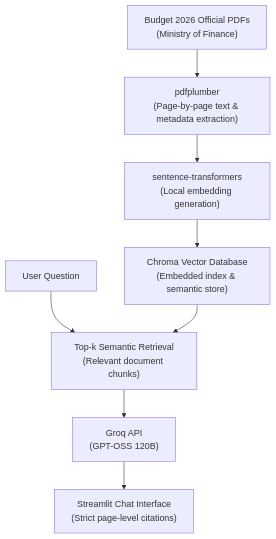
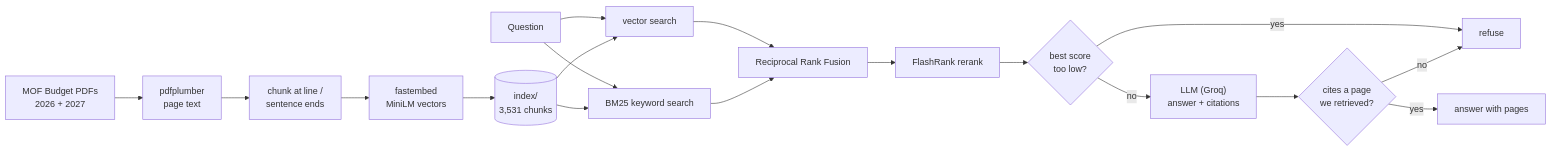
One commit to Downey112/belanjawan-bot changed the diagram in README.md. Above: the diagram before and after it, drawn with Mermaid. The commit also changed other lines of this file and 1 other file, not shown here.

````diff
--- a/README.md
+++ b/README.md
@@ -18,10 +33,15 @@
 ```mermaid
-flowchart TD
-    A["Budget 2026 Official PDFs<br/>(Ministry of Finance)"] --> B["pdfplumber<br/>(Page-by-page text & metadata extraction)"]
-    B --> C["sentence-transformers<br/>(Local embedding generation)"]
-    C --> D["Chroma Vector Database<br/>(Embedded index & semantic store)"]
-    E["User Question"] --> F["Top-k Semantic Retrieval<br/>(Relevant document chunks)"]
-    D --> F
-    F --> G["Groq API<br/>(GPT-OSS 120B)"]
-    G --> H["Streamlit Chat Interface<br/>(Strict page-level citations)"]
+flowchart LR
+    A["MOF Budget PDFs<br/>2026 + 2027"] --> B["pdfplumber<br/>page text"]
+    B --> C["chunk at line /<br/>sentence ends"]
+    C --> D["fastembed<br/>MiniLM vectors"]
+    D --> I[("index/<br/>3,531 chunks")]
+    Q["Question"] --> V["vector search"] & K["BM25 keyword search"]
+    I --> V & K
+    V & K --> F["Reciprocal Rank Fusion"] --> R["FlashRank rerank"]
+    R --> G{"best score<br/>too low?"}
+    G -- yes --> X["refuse"]
+    G -- no --> L["LLM (Groq)<br/>answer + citations"] --> C2{"cites a page<br/>we retrieved?"}
+    C2 -- no --> X
+    C2 -- yes --> OUT["answer with pages"]
 ```
````
